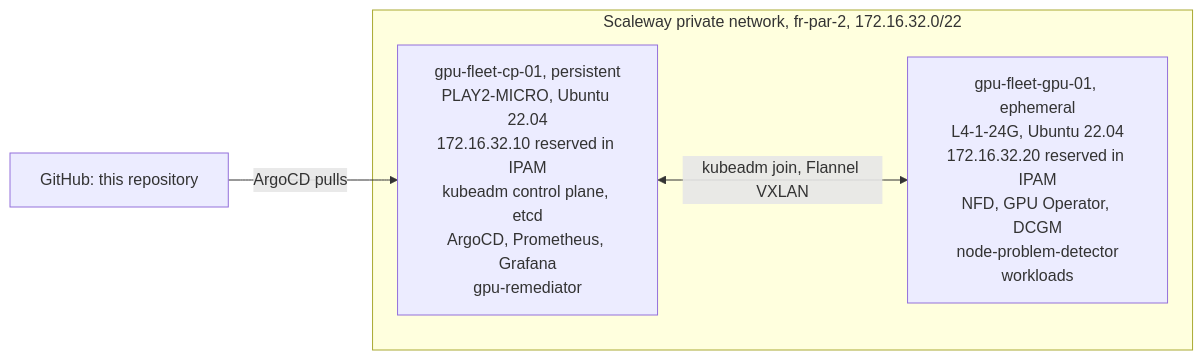
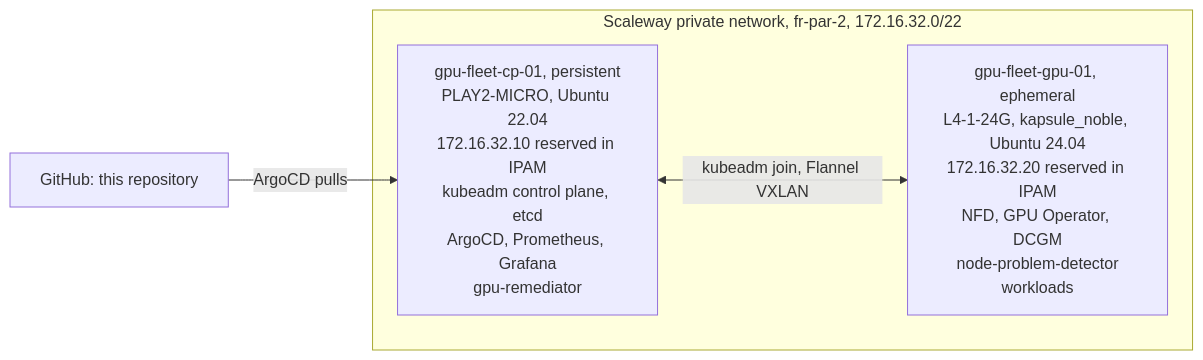
Before and after one commit to yassineteimi/nvidia-gpu-fleet-poc: the diagram in docs/architecture.md, drawn with Mermaid. The commit also changed 9 other files, not shown here.

First line of the commit message:
Boot the GPU node on kapsule_noble: Scaleway has no plain Ubuntu for L4

````diff
--- a/docs/architecture.md
+++ b/docs/architecture.md
@@ -5,9 +5,9 @@
 ```mermaid
 flowchart LR
   subgraph PN["Scaleway private network, fr-par-2, 172.16.32.0/22"]
     CP["gpu-fleet-cp-01, persistent<br/>PLAY2-MICRO, Ubuntu 22.04<br/>172.16.32.10 reserved in IPAM<br/>kubeadm control plane, etcd<br/>ArgoCD, Prometheus, Grafana<br/>gpu-remediator"]
-    GPU["gpu-fleet-gpu-01, ephemeral<br/>L4-1-24G, Ubuntu 22.04<br/>172.16.32.20 reserved in IPAM<br/>NFD, GPU Operator, DCGM<br/>node-problem-detector<br/>workloads"]
+    GPU["gpu-fleet-gpu-01, ephemeral<br/>L4-1-24G, kapsule_noble, Ubuntu 24.04<br/>172.16.32.20 reserved in IPAM<br/>NFD, GPU Operator, DCGM<br/>node-problem-detector<br/>workloads"]
   end
   GIT["GitHub: this repository"] -->|"ArgoCD pulls"| CP
   CP <-->|"kubeadm join, Flannel VXLAN"| GPU
 ```
````
